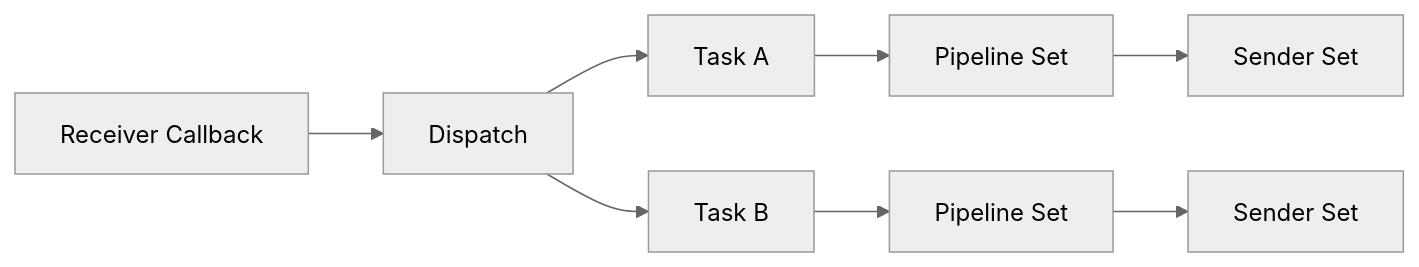
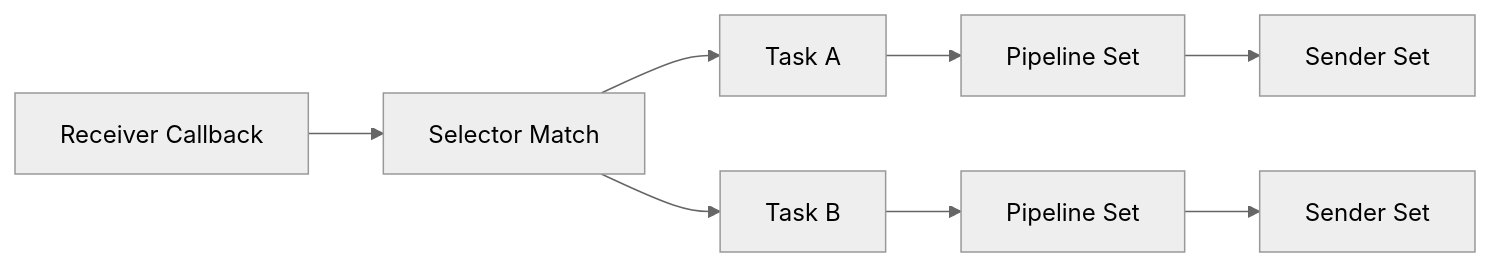
One commit to oublie6/forward-stub changed the diagram in docs/task-and-dispatch.md. Above: the diagram before and after it, drawn with Mermaid (neutral theme). The commit also changed other lines of this file and 39 other files, not shown here.

Commit message:
refactor: lift selector dispatch above tasks

````diff
--- a/docs/task-and-dispatch.md
+++ b/docs/task-and-dispatch.md
@@ -50,12 +51,12 @@
 ```mermaid
 flowchart LR
-  Recv[Receiver Callback] --> Disp[Dispatch]
-  Disp --> TaskA[Task A]
-  Disp --> TaskB[Task B]
+  Recv[Receiver Callback] --> Sel[Selector Match]
+  Sel --> TaskA[Task A]
+  Sel --> TaskB[Task B]
 
   TaskA --> PipeA[Pipeline Set]
   PipeA --> SendA[Sender Set]
 
   TaskB --> PipeB[Pipeline Set]
   PipeB --> SendB[Sender Set]
 ```
````
